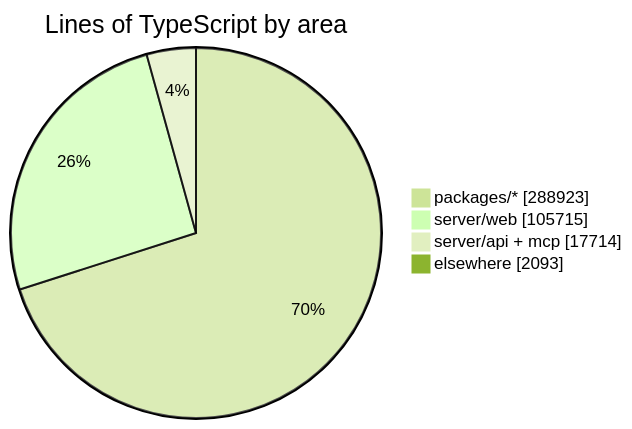
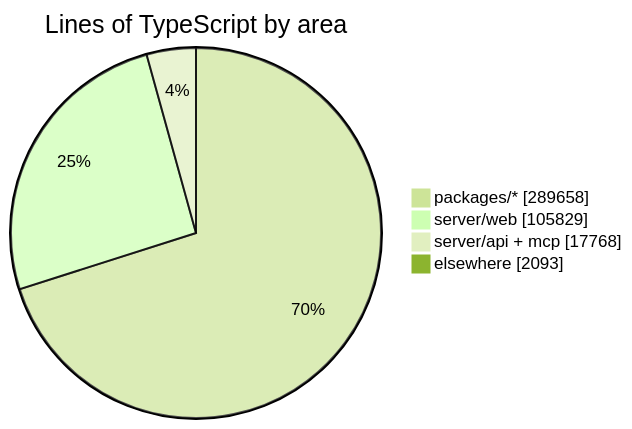
Before and after one commit to crossworks-engineering/mantle: the diagram in README.md, drawn with Mermaid (forest theme). The commit also changed other lines of this file and 2 other files, not shown here.

````diff
--- a/README.md
+++ b/README.md
@@ -294,7 +294,7 @@
 ```mermaid
 pie showData title Lines of TypeScript by area
-    "packages/*" : 288923
-    "server/web" : 105715
-    "server/api + mcp" : 17714
+    "packages/*" : 289658
+    "server/web" : 105829
+    "server/api + mcp" : 17768
     "elsewhere" : 2093
 ```
````
